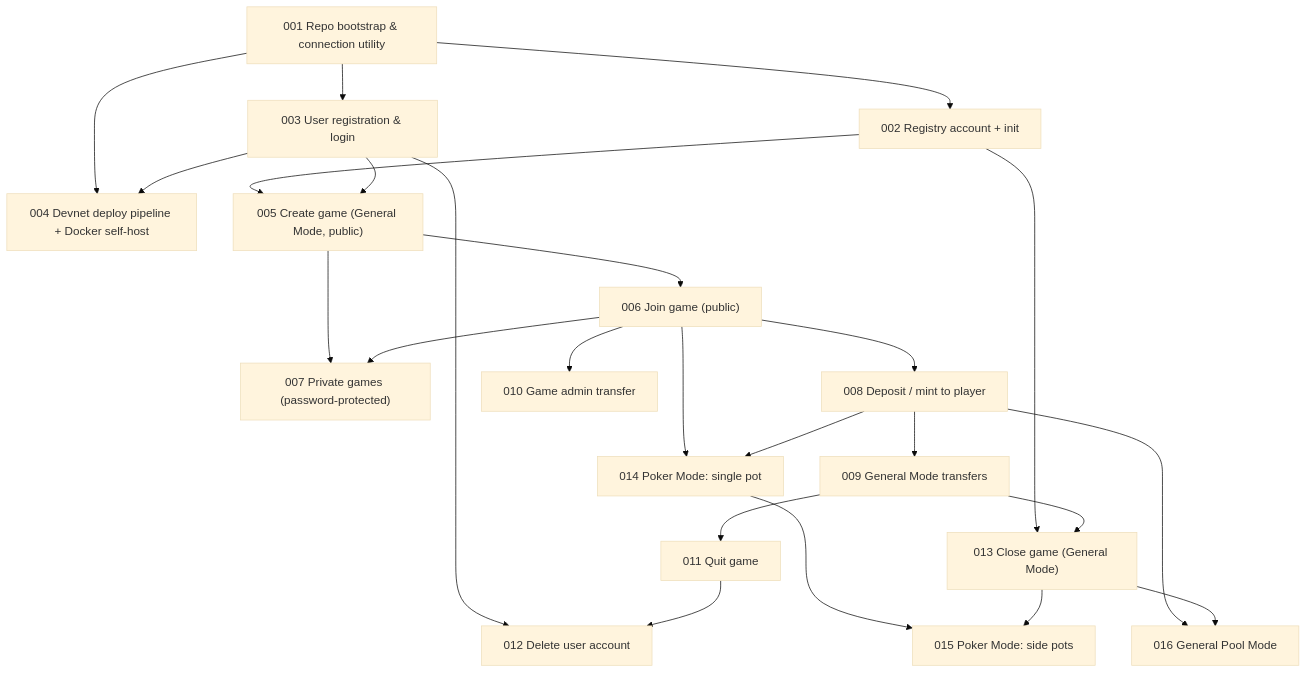
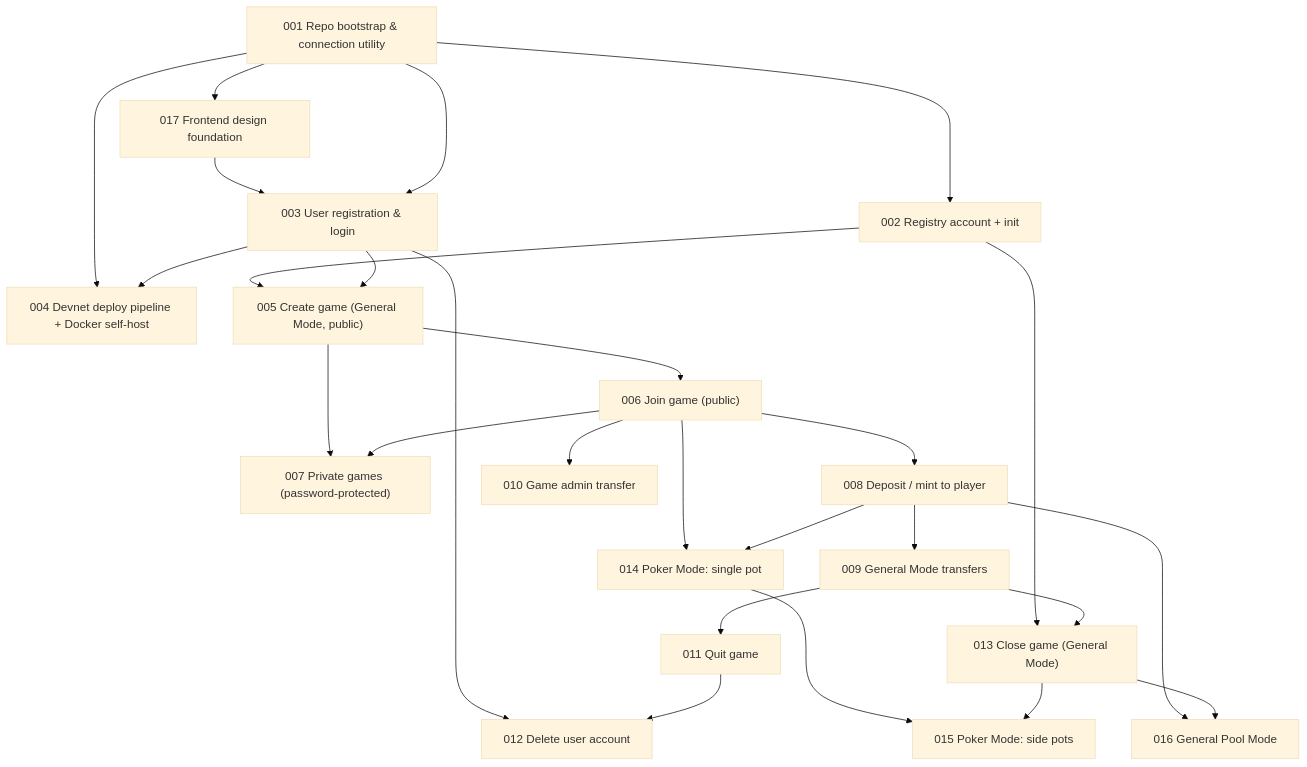
One commit to jianhong1998/game-token-wallet-v2 changed the diagram in docs/tickets/000-index.md. Above: the diagram before and after it, drawn with Mermaid (base theme). The commit also changed other lines of this file and 10 other files, not shown here.

First line of the commit message:
docs: write implement frontend design ticket (#7)

````diff
--- a/docs/tickets/000-index.md
+++ b/docs/tickets/000-index.md
@@ -35,43 +36,46 @@
 ```mermaid
 graph TD
     001["001 Repo bootstrap & connection utility"]
     002["002 Registry account + init"]
+    017["017 Frontend design foundation"]
     003["003 User registration & login"]
     004["004 Devnet deploy pipeline + Docker self-host"]
     005["005 Create game (General Mode, public)"]
     006["006 Join game (public)"]
     007["007 Private games (password-protected)"]
     008["008 Deposit / mint to player"]
     009["009 General Mode transfers"]
     010["010 Game admin transfer"]
     011["011 Quit game"]
     012["012 Delete user account"]
     013["013 Close game (General Mode)"]
     014["014 Poker Mode: single pot"]
     015["015 Poker Mode: side pots"]
     016["016 General Pool Mode"]
 
     001 --> 002
+    001 --> 017
+    017 --> 003
     001 --> 003
     001 --> 004
     003 --> 004
     002 --> 005
     003 --> 005
     005 --> 006
     005 --> 007
     006 --> 007
     006 --> 008
     008 --> 009
     006 --> 010
     009 --> 011
     003 --> 012
     011 --> 012
     002 --> 013
     009 --> 013
     006 --> 014
     008 --> 014
     014 --> 015
     013 --> 015
     008 --> 016
     013 --> 016
 ```
````
